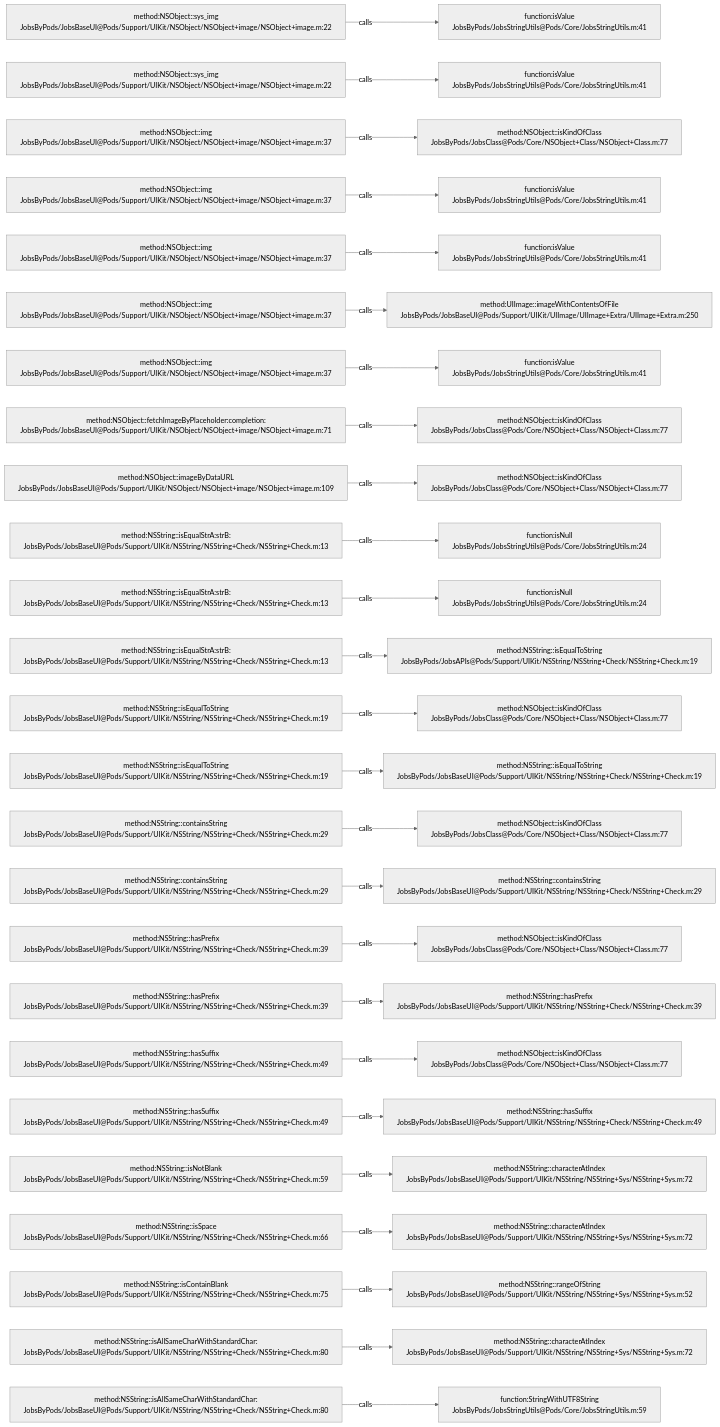
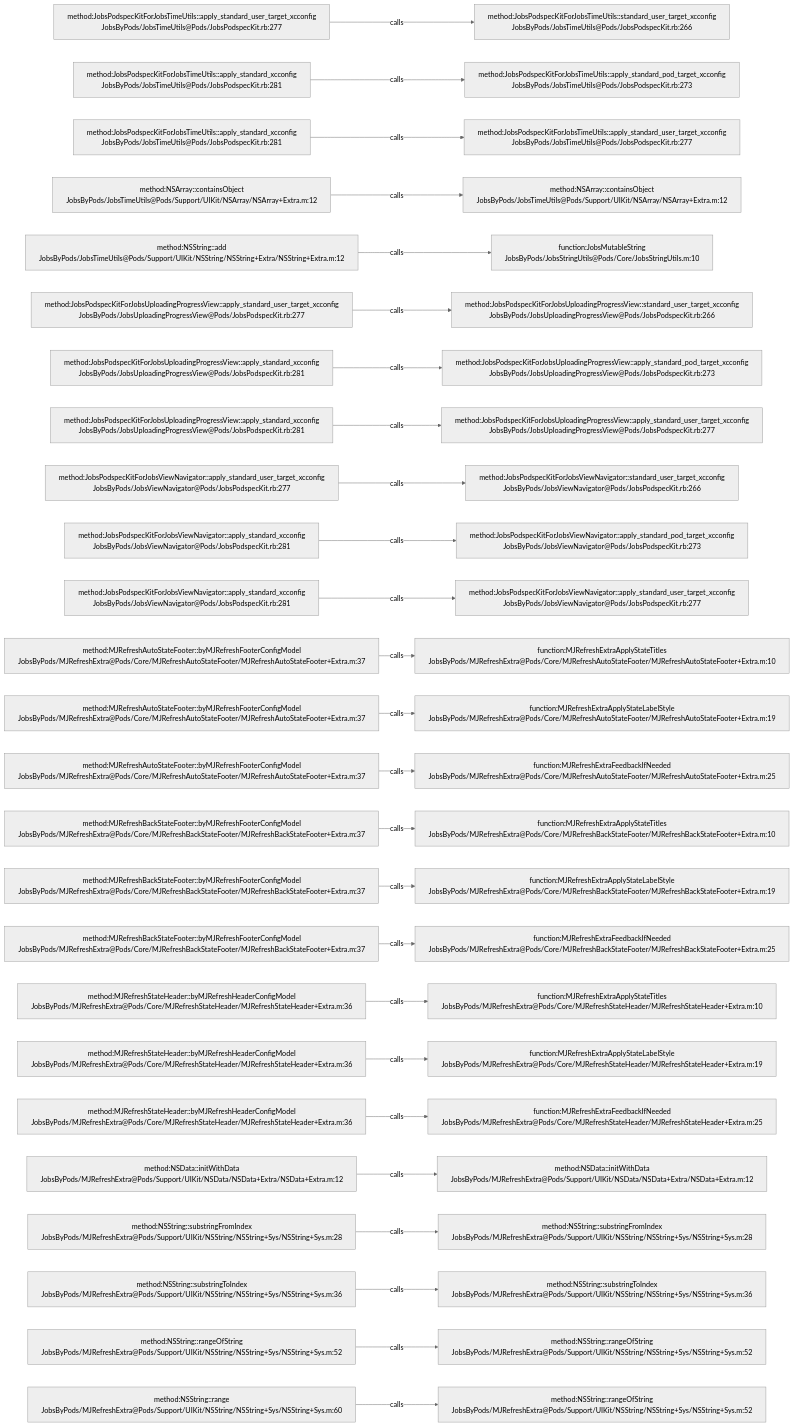
One commit to JobsKits/JobsOCBaseConfigDemo changed the diagram in .codegraph/codegraph.md/graphs/calls-022.md. Above: the diagram before and after it, drawn with Mermaid (neutral theme). The commit also changed 2162 other files, not shown here.

````diff
--- a/.codegraph/codegraph.md/graphs/calls-022.md
+++ b/.codegraph/codegraph.md/graphs/calls-022.md
@@ -13,78 +13,78 @@
 ```mermaid
 flowchart LR
-  S1["method:NSObject::sys_img<br/>JobsByPods/JobsBaseUI@Pods/Support/UIKit/NSObject/NSObject+image/NSObject+image.m:22"]
-  T1["function:isValue<br/>JobsByPods/JobsStringUtils@Pods/Core/JobsStringUtils.m:41"]
+  S1["method:JobsPodspecKitForJobsTimeUtils::apply_standard_user_target_xcconfig<br/>JobsByPods/JobsTimeUtils@Pods/JobsPodspecKit.rb:277"]
+  T1["method:JobsPodspecKitForJobsTimeUtils::standard_user_target_xcconfig<br/>JobsByPods/JobsTimeUtils@Pods/JobsPodspecKit.rb:266"]
   S1 -->|calls| T1
-  S2["method:NSObject::sys_img<br/>JobsByPods/JobsBaseUI@Pods/Support/UIKit/NSObject/NSObject+image/NSObject+image.m:22"]
-  T2["function:isValue<br/>JobsByPods/JobsStringUtils@Pods/Core/JobsStringUtils.m:41"]
+  S2["method:JobsPodspecKitForJobsTimeUtils::apply_standard_xcconfig<br/>JobsByPods/JobsTimeUtils@Pods/JobsPodspecKit.rb:281"]
+  T2["method:JobsPodspecKitForJobsTimeUtils::apply_standard_pod_target_xcconfig<br/>JobsByPods/JobsTimeUtils@Pods/JobsPodspecKit.rb:273"]
   S2 -->|calls| T2
-  S3["method:NSObject::img<br/>JobsByPods/JobsBaseUI@Pods/Support/UIKit/NSObject/NSObject+image/NSObject+image.m:37"]
-  T3["method:NSObject::isKindOfClass<br/>JobsByPods/JobsClass@Pods/Core/NSObject+Class/NSObject+Class.m:77"]
+  S3["method:JobsPodspecKitForJobsTimeUtils::apply_standard_xcconfig<br/>JobsByPods/JobsTimeUtils@Pods/JobsPodspecKit.rb:281"]
+  T3["method:JobsPodspecKitForJobsTimeUtils::apply_standard_user_target_xcconfig<br/>JobsByPods/JobsTimeUtils@Pods/JobsPodspecKit.rb:277"]
   S3 -->|calls| T3
-  S4["method:NSObject::img<br/>JobsByPods/JobsBaseUI@Pods/Support/UIKit/NSObject/NSObject+image/NSObject+image.m:37"]
-  T4["function:isValue<br/>JobsByPods/JobsStringUtils@Pods/Core/JobsStringUtils.m:41"]
+  S4["method:NSArray::containsObject<br/>JobsByPods/JobsTimeUtils@Pods/Support/UIKit/NSArray/NSArray+Extra.m:12"]
+  T4["method:NSArray::containsObject<br/>JobsByPods/JobsTimeUtils@Pods/Support/UIKit/NSArray/NSArray+Extra.m:12"]
   S4 -->|calls| T4
-  S5["method:NSObject::img<br/>JobsByPods/JobsBaseUI@Pods/Support/UIKit/NSObject/NSObject+image/NSObject+image.m:37"]
-  T5["function:isValue<br/>JobsByPods/JobsStringUtils@Pods/Core/JobsStringUtils.m:41"]
+  S5["method:NSString::add<br/>JobsByPods/JobsTimeUtils@Pods/Support/UIKit/NSString/NSString+Extra/NSString+Extra.m:12"]
+  T5["function:JobsMutableString<br/>JobsByPods/JobsStringUtils@Pods/Core/JobsStringUtils.m:10"]
   S5 -->|calls| T5
-  S6["method:NSObject::img<br/>JobsByPods/JobsBaseUI@Pods/Support/UIKit/NSObject/NSObject+image/NSObject+image.m:37"]
-  T6["method:UIImage::imageWithContentsOfFile<br/>JobsByPods/JobsBaseUI@Pods/Support/UIKit/UIImage/UIImage+Extra/UIImage+Extra.m:250"]
+  S6["method:JobsPodspecKitForJobsUploadingProgressView::apply_standard_user_target_xcconfig<br/>JobsByPods/JobsUploadingProgressView@Pods/JobsPodspecKit.rb:277"]
+  T6["method:JobsPodspecKitForJobsUploadingProgressView::standard_user_target_xcconfig<br/>JobsByPods/JobsUploadingProgressView@Pods/JobsPodspecKit.rb:266"]
   S6 -->|calls| T6
-  S7["method:NSObject::img<br/>JobsByPods/JobsBaseUI@Pods/Support/UIKit/NSObject/NSObject+image/NSObject+image.m:37"]
-  T7["function:isValue<br/>JobsByPods/JobsStringUtils@Pods/Core/JobsStringUtils.m:41"]
+  S7["method:JobsPodspecKitForJobsUploadingProgressView::apply_standard_xcconfig<br/>JobsByPods/JobsUploadingProgressView@Pods/JobsPodspecKit.rb:281"]
+  T7["method:JobsPodspecKitForJobsUploadingProgressView::apply_standard_pod_target_xcconfig<br/>JobsByPods/JobsUploadingProgressView@Pods/JobsPodspecKit.rb:273"]
   S7 -->|calls| T7
-  S8["method:NSObject::fetchImageByPlaceholder:completion:<br/>JobsByPods/JobsBaseUI@Pods/Support/UIKit/NSObject/NSObject+image/NSObject+image.m:71"]
-  T8["method:NSObject::isKindOfClass<br/>JobsByPods/JobsClass@Pods/Core/NSObject+Class/NSObject+Class.m:77"]
+  S8["method:JobsPodspecKitForJobsUploadingProgressView::apply_standard_xcconfig<br/>JobsByPods/JobsUploadingProgressView@Pods/JobsPodspecKit.rb:281"]
+  T8["method:JobsPodspecKitForJobsUploadingProgressView::apply_standard_user_target_xcconfig<br/>JobsByPods/JobsUploadingProgressView@Pods/JobsPodspecKit.rb:277"]
   S8 -->|calls| T8
-  S9["method:NSObject::imageByDataURL<br/>JobsByPods/JobsBaseUI@Pods/Support/UIKit/NSObject/NSObject+image/NSObject+image.m:109"]
-  T9["method:NSObject::isKindOfClass<br/>JobsByPods/JobsClass@Pods/Core/NSObject+Class/NSObject+Class.m:77"]
+  S9["method:JobsPodspecKitForJobsViewNavigator::apply_standard_user_target_xcconfig<br/>JobsByPods/JobsViewNavigator@Pods/JobsPodspecKit.rb:277"]
+  T9["method:JobsPodspecKitForJobsViewNavigator::standard_user_target_xcconfig<br/>JobsByPods/JobsViewNavigator@Pods/JobsPodspecKit.rb:266"]
   S9 -->|calls| T9
-  S10["method:NSString::isEqualStrA:strB:<br/>JobsByPods/JobsBaseUI@Pods/Support/UIKit/NSString/NSString+Check/NSString+Check.m:13"]
-  T10["function:isNull<br/>JobsByPods/JobsStringUtils@Pods/Core/JobsStringUtils.m:24"]
+  S10["method:JobsPodspecKitForJobsViewNavigator::apply_standard_xcconfig<br/>JobsByPods/JobsViewNavigator@Pods/JobsPodspecKit.rb:281"]
+  T10["method:JobsPodspecKitForJobsViewNavigator::apply_standard_pod_target_xcconfig<br/>JobsByPods/JobsViewNavigator@Pods/JobsPodspecKit.rb:273"]
   S10 -->|calls| T10
-  S11["method:NSString::isEqualStrA:strB:<br/>JobsByPods/JobsBaseUI@Pods/Support/UIKit/NSString/NSString+Check/NSString+Check.m:13"]
-  T11["function:isNull<br/>JobsByPods/JobsStringUtils@Pods/Core/JobsStringUtils.m:24"]
+  S11["method:JobsPodspecKitForJobsViewNavigator::apply_standard_xcconfig<br/>JobsByPods/JobsViewNavigator@Pods/JobsPodspecKit.rb:281"]
+  T11["method:JobsPodspecKitForJobsViewNavigator::apply_standard_user_target_xcconfig<br/>JobsByPods/JobsViewNavigator@Pods/JobsPodspecKit.rb:277"]
   S11 -->|calls| T11
-  S12["method:NSString::isEqualStrA:strB:<br/>JobsByPods/JobsBaseUI@Pods/Support/UIKit/NSString/NSString+Check/NSString+Check.m:13"]
-  T12["method:NSString::isEqualToString<br/>JobsByPods/JobsAPIs@Pods/Support/UIKit/NSString/NSString+Check/NSString+Check.m:19"]
+  S12["method:MJRefreshAutoStateFooter::byMJRefreshFooterConfigModel<br/>JobsByPods/MJRefreshExtra@Pods/Core/MJRefreshAutoStateFooter/MJRefreshAutoStateFooter+Extra.m:37"]
+  T12["function:MJRefreshExtraApplyStateTitles<br/>JobsByPods/MJRefreshExtra@Pods/Core/MJRefreshAutoStateFooter/MJRefreshAutoStateFooter+Extra.m:10"]
   S12 -->|calls| T12
-  S13["method:NSString::isEqualToString<br/>JobsByPods/JobsBaseUI@Pods/Support/UIKit/NSString/NSString+Check/NSString+Check.m:19"]
-  T13["method:NSObject::isKindOfClass<br/>JobsByPods/JobsClass@Pods/Core/NSObject+Class/NSObject+Class.m:77"]
+  S13["method:MJRefreshAutoStateFooter::byMJRefreshFooterConfigModel<br/>JobsByPods/MJRefreshExtra@Pods/Core/MJRefreshAutoStateFooter/MJRefreshAutoStateFooter+Extra.m:37"]
+  T13["function:MJRefreshExtraApplyStateLabelStyle<br/>JobsByPods/MJRefreshExtra@Pods/Core/MJRefreshAutoStateFooter/MJRefreshAutoStateFooter+Extra.m:19"]
   S13 -->|calls| T13
-  S14["method:NSString::isEqualToString<br/>JobsByPods/JobsBaseUI@Pods/Support/UIKit/NSString/NSString+Check/NSString+Check.m:19"]
-  T14["method:NSString::isEqualToString<br/>JobsByPods/JobsBaseUI@Pods/Support/UIKit/NSString/NSString+Check/NSString+Check.m:19"]
+  S14["method:MJRefreshAutoStateFooter::byMJRefreshFooterConfigModel<br/>JobsByPods/MJRefreshExtra@Pods/Core/MJRefreshAutoStateFooter/MJRefreshAutoStateFooter+Extra.m:37"]
+  T14["function:MJRefreshExtraFeedbackIfNeeded<br/>JobsByPods/MJRefreshExtra@Pods/Core/MJRefreshAutoStateFooter/MJRefreshAutoStateFooter+Extra.m:25"]
   S14 -->|calls| T14
-  S15["method:NSString::containsString<br/>JobsByPods/JobsBaseUI@Pods/Support/UIKit/NSString/NSString+Check/NSString+Check.m:29"]
-  T15["method:NSObject::isKindOfClass<br/>JobsByPods/JobsClass@Pods/Core/NSObject+Class/NSObject+Class.m:77"]
+  S15["method:MJRefreshBackStateFooter::byMJRefreshFooterConfigModel<br/>JobsByPods/MJRefreshExtra@Pods/Core/MJRefreshBackStateFooter/MJRefreshBackStateFooter+Extra.m:37"]
+  T15["function:MJRefreshExtraApplyStateTitles<br/>JobsByPods/MJRefreshExtra@Pods/Core/MJRefreshBackStateFooter/MJRefreshBackStateFooter+Extra.m:10"]
   S15 -->|calls| T15
-  S16["method:NSString::containsString<br/>JobsByPods/JobsBaseUI@Pods/Support/UIKit/NSString/NSString+Check/NSString+Check.m:29"]
-  T16["method:NSString::containsString<br/>JobsByPods/JobsBaseUI@Pods/Support/UIKit/NSString/NSString+Check/NSString+Check.m:29"]
+  S16["method:MJRefreshBackStateFooter::byMJRefreshFooterConfigModel<br/>JobsByPods/MJRefreshExtra@Pods/Core/MJRefreshBackStateFooter/MJRefreshBackStateFooter+Extra.m:37"]
+  T16["function:MJRefreshExtraApplyStateLabelStyle<br/>JobsByPods/MJRefreshExtra@Pods/Core/MJRefreshBackStateFooter/MJRefreshBackStateFooter+Extra.m:19"]
   S16 -->|calls| T16
-  S17["method:NSString::hasPrefix<br/>JobsByPods/JobsBaseUI@Pods/Support/UIKit/NSString/NSString+Check/NSString+Check.m:39"]
-  T17["method:NSObject::isKindOfClass<br/>JobsByPods/JobsClass@Pods/Core/NSObject+Class/NSObject+Class.m:77"]
+  S17["method:MJRefreshBackStateFooter::byMJRefreshFooterConfigModel<br/>JobsByPods/MJRefreshExtra@Pods/Core/MJRefreshBackStateFooter/MJRefreshBackStateFooter+Extra.m:37"]
+  T17["function:MJRefreshExtraFeedbackIfNeeded<br/>JobsByPods/MJRefreshExtra@Pods/Core/MJRefreshBackStateFooter/MJRefreshBackStateFooter+Extra.m:25"]
   S17 -->|calls| T17
-  S18["method:NSString::hasPrefix<br/>JobsByPods/JobsBaseUI@Pods/Support/UIKit/NSString/NSString+Check/NSString+Check.m:39"]
-  T18["method:NSString::hasPrefix<br/>JobsByPods/JobsBaseUI@Pods/Support/UIKit/NSString/NSString+Check/NSString+Check.m:39"]
+  S18["method:MJRefreshStateHeader::byMJRefreshHeaderConfigModel<br/>JobsByPods/MJRefreshExtra@Pods/Core/MJRefreshStateHeader/MJRefreshStateHeader+Extra.m:36"]
+  T18["function:MJRefreshExtraApplyStateTitles<br/>JobsByPods/MJRefreshExtra@Pods/Core/MJRefreshStateHeader/MJRefreshStateHeader+Extra.m:10"]
   S18 -->|calls| T18
-  S19["method:NSString::hasSuffix<br/>JobsByPods/JobsBaseUI@Pods/Support/UIKit/NSString/NSString+Check/NSString+Check.m:49"]
-  T19["method:NSObject::isKindOfClass<br/>JobsByPods/JobsClass@Pods/Core/NSObject+Class/NSObject+Class.m:77"]
+  S19["method:MJRefreshStateHeader::byMJRefreshHeaderConfigModel<br/>JobsByPods/MJRefreshExtra@Pods/Core/MJRefreshStateHeader/MJRefreshStateHeader+Extra.m:36"]
+  T19["function:MJRefreshExtraApplyStateLabelStyle<br/>JobsByPods/MJRefreshExtra@Pods/Core/MJRefreshStateHeader/MJRefreshStateHeader+Extra.m:19"]
   S19 -->|calls| T19
-  S20["method:NSString::hasSuffix<br/>JobsByPods/JobsBaseUI@Pods/Support/UIKit/NSString/NSString+Check/NSString+Check.m:49"]
-  T20["method:NSString::hasSuffix<br/>JobsByPods/JobsBaseUI@Pods/Support/UIKit/NSString/NSString+Check/NSString+Check.m:49"]
+  S20["method:MJRefreshStateHeader::byMJRefreshHeaderConfigModel<br/>JobsByPods/MJRefreshExtra@Pods/Core/MJRefreshStateHeader/MJRefreshStateHeader+Extra.m:36"]
+  T20["function:MJRefreshExtraFeedbackIfNeeded<br/>JobsByPods/MJRefreshExtra@Pods/Core/MJRefreshStateHeader/MJRefreshStateHeader+Extra.m:25"]
   S20 -->|calls| T20
-  S21["method:NSString::isNotBlank<br/>JobsByPods/JobsBaseUI@Pods/Support/UIKit/NSString/NSString+Check/NSString+Check.m:59"]
-  T21["method:NSString::characterAtIndex<br/>JobsByPods/JobsBaseUI@Pods/Support/UIKit/NSString/NSString+Sys/NSString+Sys.m:72"]
+  S21["method:NSData::initWithData<br/>JobsByPods/MJRefreshExtra@Pods/Support/UIKit/NSData/NSData+Extra/NSData+Extra.m:12"]
+  T21["method:NSData::initWithData<br/>JobsByPods/MJRefreshExtra@Pods/Support/UIKit/NSData/NSData+Extra/NSData+Extra.m:12"]
   S21 -->|calls| T21
-  S22["method:NSString::isSpace<br/>JobsByPods/JobsBaseUI@Pods/Support/UIKit/NSString/NSString+Check/NSString+Check.m:66"]
-  T22["method:NSString::characterAtIndex<br/>JobsByPods/JobsBaseUI@Pods/Support/UIKit/NSString/NSString+Sys/NSString+Sys.m:72"]
+  S22["method:NSString::substringFromIndex<br/>JobsByPods/MJRefreshExtra@Pods/Support/UIKit/NSString/NSString+Sys/NSString+Sys.m:28"]
+  T22["method:NSString::substringFromIndex<br/>JobsByPods/MJRefreshExtra@Pods/Support/UIKit/NSString/NSString+Sys/NSString+Sys.m:28"]
   S22 -->|calls| T22
-  S23["method:NSString::isContainBlank<br/>JobsByPods/JobsBaseUI@Pods/Support/UIKit/NSString/NSString+Check/NSString+Check.m:75"]
-  T23["method:NSString::rangeOfString<br/>JobsByPods/JobsBaseUI@Pods/Support/UIKit/NSString/NSString+Sys/NSString+Sys.m:52"]
+  S23["method:NSString::substringToIndex<br/>JobsByPods/MJRefreshExtra@Pods/Support/UIKit/NSString/NSString+Sys/NSString+Sys.m:36"]
+  T23["method:NSString::substringToIndex<br/>JobsByPods/MJRefreshExtra@Pods/Support/UIKit/NSString/NSString+Sys/NSString+Sys.m:36"]
   S23 -->|calls| T23
-  S24["method:NSString::isAllSameCharWithStandardChar:<br/>JobsByPods/JobsBaseUI@Pods/Support/UIKit/NSString/NSString+Check/NSString+Check.m:80"]
-  T24["method:NSString::characterAtIndex<br/>JobsByPods/JobsBaseUI@Pods/Support/UIKit/NSString/NSString+Sys/NSString+Sys.m:72"]
+  S24["method:NSString::rangeOfString<br/>JobsByPods/MJRefreshExtra@Pods/Support/UIKit/NSString/NSString+Sys/NSString+Sys.m:52"]
+  T24["method:NSString::rangeOfString<br/>JobsByPods/MJRefreshExtra@Pods/Support/UIKit/NSString/NSString+Sys/NSString+Sys.m:52"]
   S24 -->|calls| T24
-  S25["method:NSString::isAllSameCharWithStandardChar:<br/>JobsByPods/JobsBaseUI@Pods/Support/UIKit/NSString/NSString+Check/NSString+Check.m:80"]
-  T25["function:StringWithUTF8String<br/>JobsByPods/JobsStringUtils@Pods/Core/JobsStringUtils.m:59"]
+  S25["method:NSString::range<br/>JobsByPods/MJRefreshExtra@Pods/Support/UIKit/NSString/NSString+Sys/NSString+Sys.m:60"]
+  T25["method:NSString::rangeOfString<br/>JobsByPods/MJRefreshExtra@Pods/Support/UIKit/NSString/NSString+Sys/NSString+Sys.m:52"]
   S25 -->|calls| T25
 ```
````
